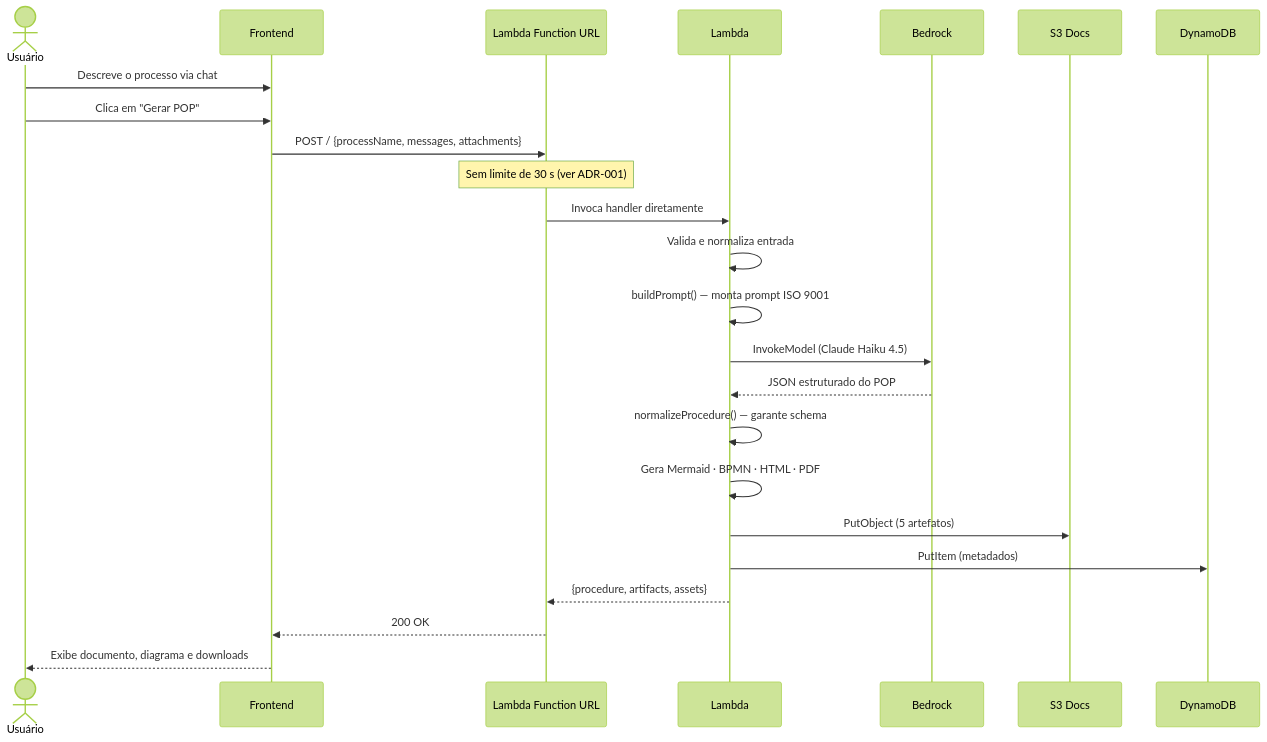
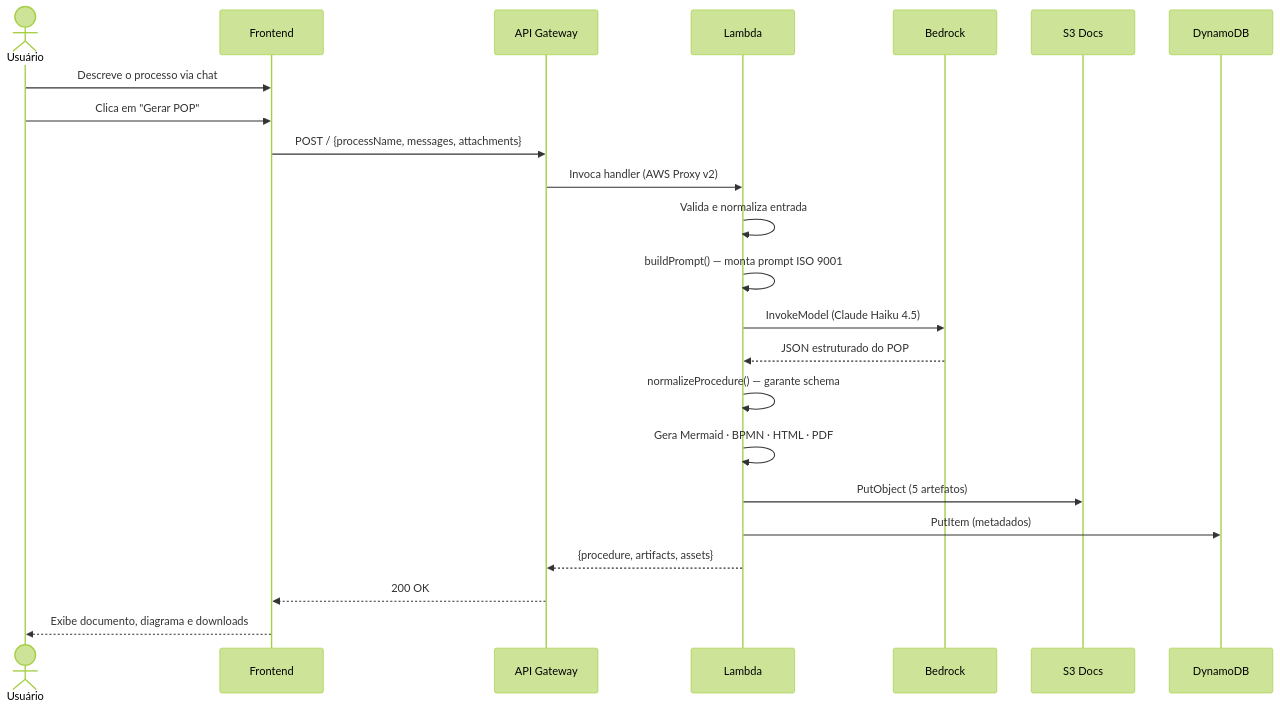
The fifth of 5 diagrams in README.md (rafae1xavier/pop-ia), drawn with Mermaid (forest theme) before and after one commit. The commit also changed other lines of this file and 1 other file, not shown here.

Commit message:
docs: reverter diagramas para API Gateway e remover ADR-001

````diff
--- a/README.md
+++ b/README.md
@@ -160,27 +160,26 @@
 ```mermaid
 sequenceDiagram
   actor U as Usuário
   participant FE as Frontend
-  participant FU as Lambda Function URL
+  participant GW as API Gateway
   participant LB as Lambda
   participant BR as Bedrock
   participant S3 as S3 Docs
   participant DB as DynamoDB
 
   U->>FE: Descreve o processo via chat
   U->>FE: Clica em "Gerar POP"
-  FE->>FU: POST / {processName, messages, attachments}
-  note over FU: Sem limite de 30 s (ver ADR-001)
-  FU->>LB: Invoca handler diretamente
+  FE->>GW: POST / {processName, messages, attachments}
+  GW->>LB: Invoca handler (AWS Proxy v2)
   LB->>LB: Valida e normaliza entrada
   LB->>LB: buildPrompt() — monta prompt ISO 9001
   LB->>BR: InvokeModel (Claude Haiku 4.5)
   BR-->>LB: JSON estruturado do POP
   LB->>LB: normalizeProcedure() — garante schema
   LB->>LB: Gera Mermaid · BPMN · HTML · PDF
   LB->>S3: PutObject (5 artefatos)
   LB->>DB: PutItem (metadados)
-  LB-->>FU: {procedure, artifacts, assets}
-  FU-->>FE: 200 OK
+  LB-->>GW: {procedure, artifacts, assets}
+  GW-->>FE: 200 OK
   FE-->>U: Exibe documento, diagrama e downloads
 ```
````
